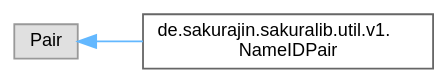
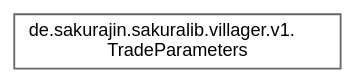
One commit to noah1510/sakura-lib changed the diagram in inherit_graph_41.dot. Above: the diagram before and after it, drawn with Graphviz. The commit also changed 97 other files, not shown here.

```diff
--- a/inherit_graph_41.dot
+++ b/inherit_graph_41.dot
@@ -1,11 +1,9 @@
 digraph "Graphical Class Hierarchy"
 {
  // LATEX_PDF_SIZE
   bgcolor="transparent";
   edge [fontname=Helvetica,fontsize=10,labelfontname=Helvetica,labelfontsize=10];
   node [fontname=Helvetica,fontsize=10,shape=box,height=0.2,width=0.4];
   rankdir="LR";
-  Node0 [label="Pair",height=0.2,width=0.4,color="grey60", fillcolor="#E0E0E0", style="filled",tooltip=" "];
-  Node0 -> Node1 [dir="back",color="steelblue1",style="solid"];
-  Node1 [label="de.sakurajin.sakuralib.util.v1.\lNameIDPair",height=0.2,width=0.4,color="grey40", fillcolor="white", style="filled",URL="$classde_1_1sakurajin_1_1sakuralib_1_1util_1_1v1_1_1NameIDPair.html",tooltip="A pair the holds both the simple name and the identifier of a resource."];
+  Node0 [label="de.sakurajin.sakuralib.villager.v1.\lTradeParameters",height=0.2,width=0.4,color="grey40", fillcolor="white", style="filled",URL="$classde_1_1sakurajin_1_1sakuralib_1_1villager_1_1v1_1_1TradeParameters.html",tooltip="A class to represent the parameters for an individual trade."];
 }
```
